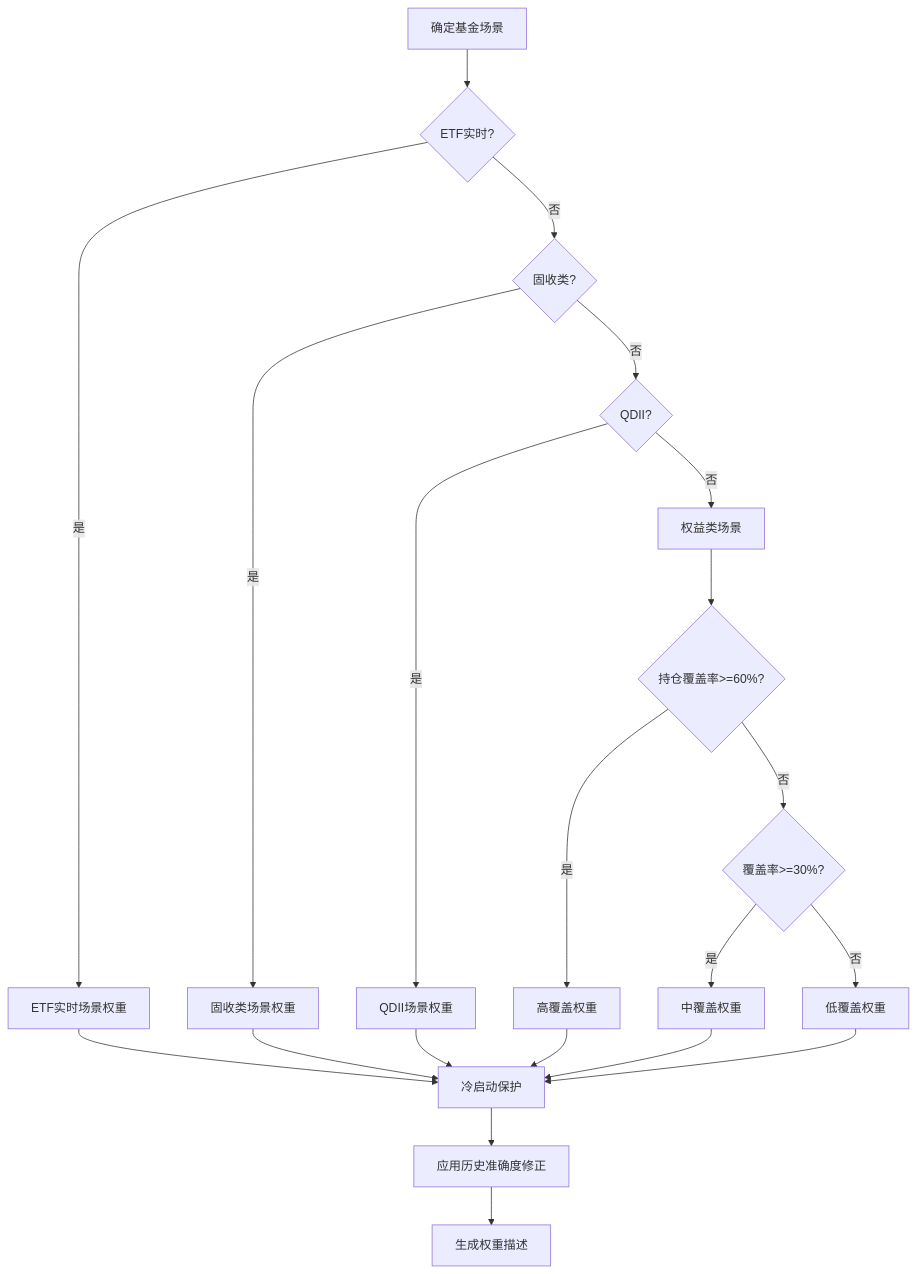
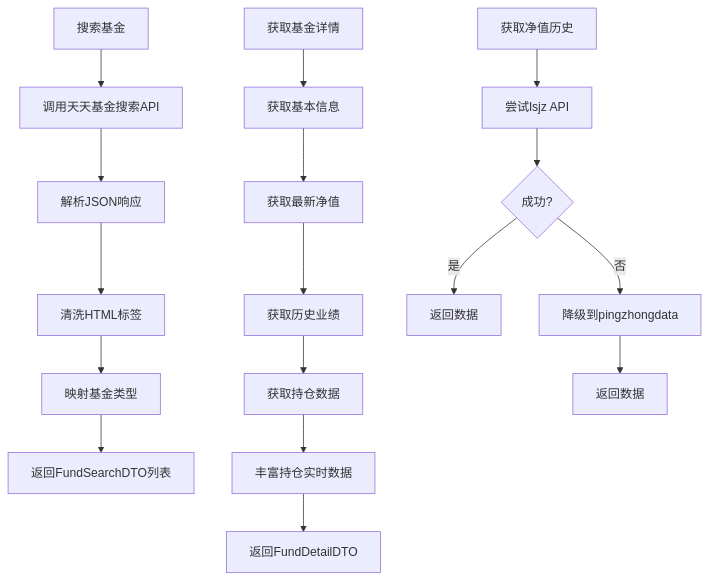
Before and after one commit to gree-coder/fund-butler: the fifth of 11 diagrams in .qoder/repowiki/zh/content/核心功能开发/实时市场数据可视化.md, drawn with Mermaid. The commit also changed other lines of this file and 21 other files, not shown here.

````diff
--- a/.qoder/repowiki/zh/content/核心功能开发/实时市场数据可视化.md
+++ b/.qoder/repowiki/zh/content/核心功能开发/实时市场数据可视化.md
@@ -290,23 +260,19 @@
 ```mermaid
 flowchart TD
-A[确定基金场景] --> B{ETF实时?}
-B --> |是| C[ETF实时场景权重]
-B --> |否| D{固收类?}
-D --> |是| E[固收类场景权重]
-D --> |否| F{QDII?}
-F --> |是| G[QDII场景权重]
-F --> |否| H[权益类场景]
-H --> I{持仓覆盖率>=60%?}
-I --> |是| J[高覆盖权重]
-I --> |否| K{覆盖率>=30%?}
-K --> |是| L[中覆盖权重]
-K --> |否| M[低覆盖权重]
-C --> N[冷启动保护]
-E --> N
-G --> N
-J --> N
-L --> N
-M --> N
-N --> O[应用历史准确度修正]
-O --> P[生成权重描述]
+A[搜索基金] --> B[调用天天基金搜索API]
+B --> C[解析JSON响应]
+C --> D[清洗HTML标签]
+D --> E[映射基金类型]
+E --> F[返回FundSearchDTO列表]
+G[获取基金详情] --> H[获取基本信息]
+H --> I[获取最新净值]
+I --> J[获取历史业绩]
+J --> K[获取持仓数据]
+K --> L[丰富持仓实时数据]
+L --> M[返回FundDetailDTO]
+N[获取净值历史] --> O[尝试lsjz API]
+O --> P{成功?}
+P --> |是| Q[返回数据]
+P --> |否| R[降级到pingzhongdata]
+R --> S[返回数据]
 ```
````
